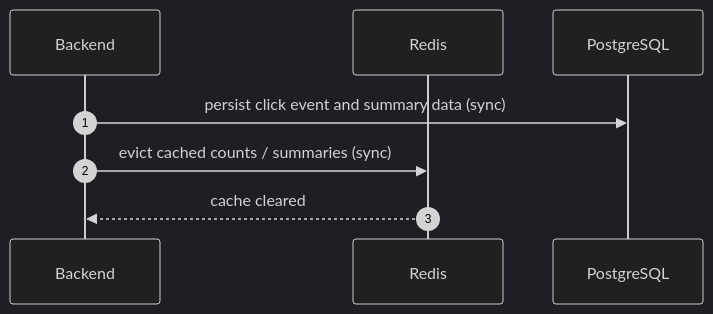
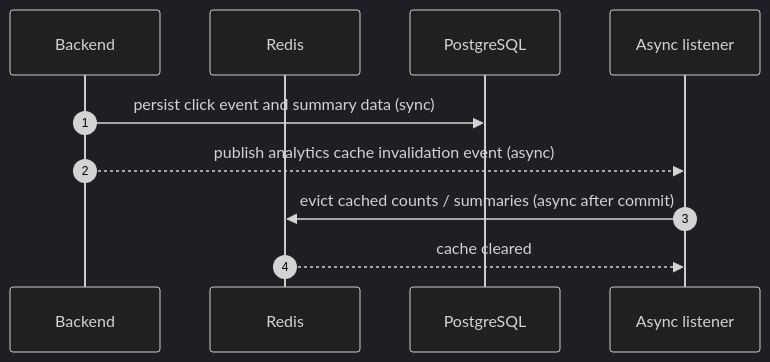
Before and after one commit to leoyakubov/weblink-pilot: the third of 5 diagrams in docs/design/cache-redis-scenarios.md, drawn with Mermaid (dark theme). The commit also changed other lines of this file and 8 other files, not shown here.

Commit message:
feat: async analytics cache invalidation

````diff
--- a/docs/design/cache-redis-scenarios.md
+++ b/docs/design/cache-redis-scenarios.md
@@ -82,11 +82,13 @@
 ```mermaid
 sequenceDiagram
   autonumber
   participant B as Backend
   participant R as Redis
   participant DB as PostgreSQL
+  participant C as Async listener
 
   B->>DB: persist click event and summary data (sync)
-  B->>R: evict cached counts / summaries (sync)
-  R-->>B: cache cleared
+  B-->>C: publish analytics cache invalidation event (async)
+  C->>R: evict cached counts / summaries (async after commit)
+  R-->>C: cache cleared
 ```
````
